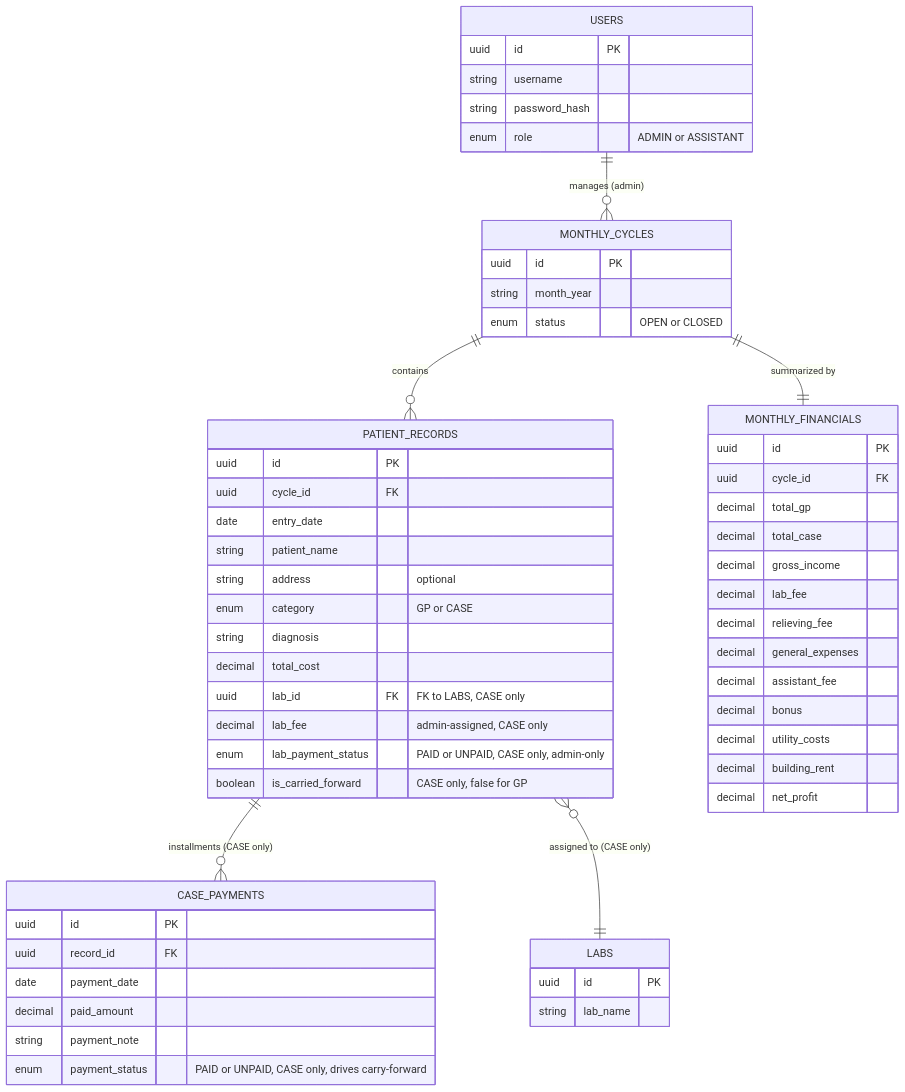
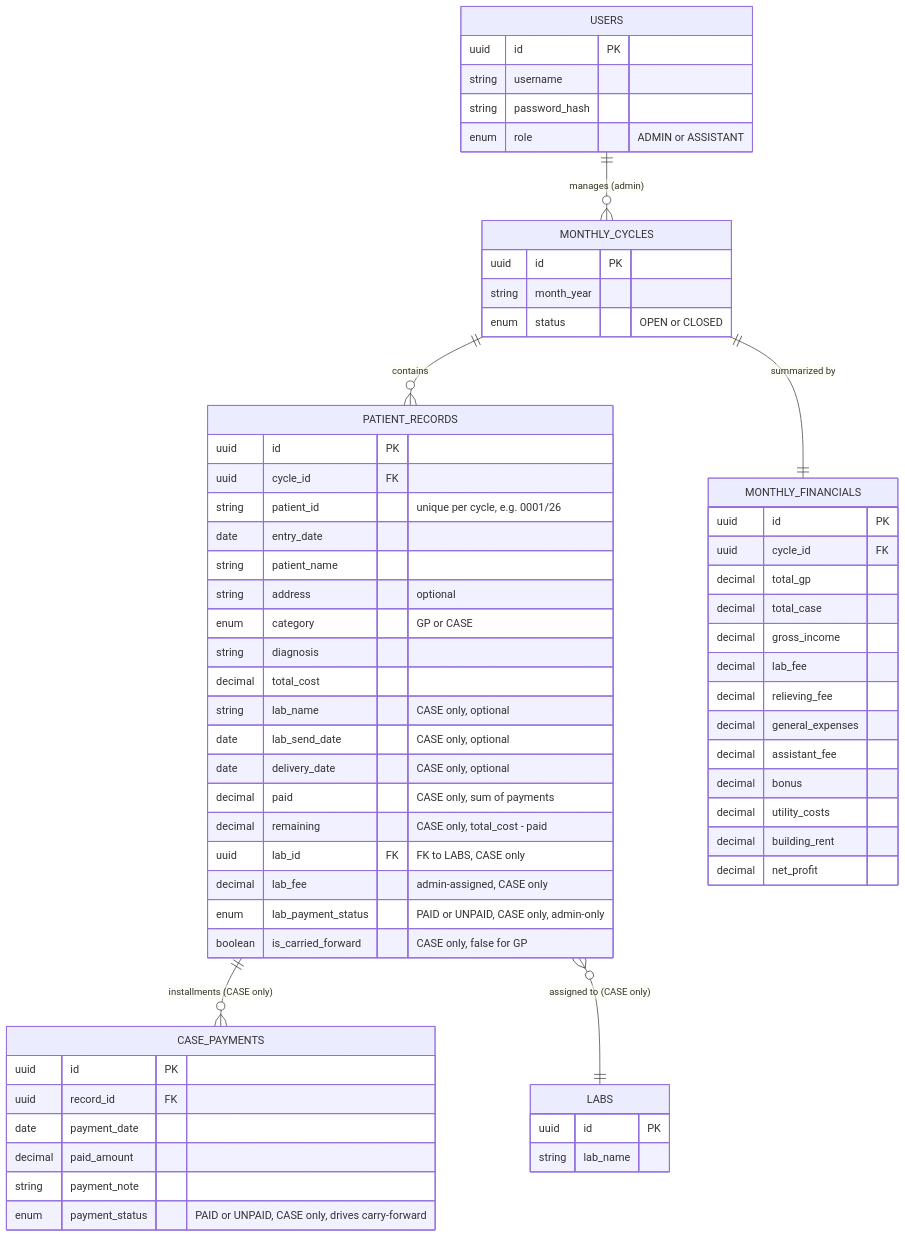
Before and after one commit to kaungmyatshwe1397/df-dashboard: the diagram in df-dashboard/docs/dc-fms-erd.mmd, drawn with Mermaid. The commit also changed 12 other files, not shown here.

First line of the commit message:
feat(records): add Patient ID, separate GP/Case forms, and lookup-based edit flow

```diff
--- a/df-dashboard/docs/dc-fms-erd.mmd
+++ b/df-dashboard/docs/dc-fms-erd.mmd
@@ -1,71 +1,77 @@
 erDiagram
     USERS ||--o{ MONTHLY_CYCLES : "manages (admin)"
     MONTHLY_CYCLES ||--o{ PATIENT_RECORDS : "contains"
     PATIENT_RECORDS ||--o{ CASE_PAYMENTS : "installments (CASE only)"
     PATIENT_RECORDS }o--|| LABS : "assigned to (CASE only)"
     MONTHLY_CYCLES ||--|| MONTHLY_FINANCIALS : "summarized by"
 
     USERS {
         uuid id PK
         string username
         string password_hash
         enum role "ADMIN or ASSISTANT"
     }
 
     MONTHLY_CYCLES {
         uuid id PK
         string month_year
         enum status "OPEN or CLOSED"
     }
 
     LABS {
         uuid id PK
         string lab_name
     }
 
     PATIENT_RECORDS {
         uuid id PK
         uuid cycle_id FK
+        string patient_id "unique per cycle, e.g. 0001/26"
         date entry_date
         string patient_name
         string address "optional"
         enum category "GP or CASE"
         string diagnosis
         decimal total_cost
+        string lab_name "CASE only, optional"
+        date lab_send_date "CASE only, optional"
+        date delivery_date "CASE only, optional"
+        decimal paid "CASE only, sum of payments"
+        decimal remaining "CASE only, total_cost - paid"
         uuid lab_id FK "FK to LABS, CASE only"
         decimal lab_fee "admin-assigned, CASE only"
         enum lab_payment_status "PAID or UNPAID, CASE only, admin-only"
         boolean is_carried_forward "CASE only, false for GP"
     }
 
     CASE_PAYMENTS {
         uuid id PK
         uuid record_id FK
         date payment_date
         decimal paid_amount
         string payment_note
         enum payment_status "PAID or UNPAID, CASE only, drives carry-forward"
     }
 
     MONTHLY_FINANCIALS {
         uuid id PK
         uuid cycle_id FK
         decimal total_gp
         decimal total_case
         decimal gross_income
         decimal lab_fee
         decimal relieving_fee
         decimal general_expenses
         decimal assistant_fee
         decimal bonus
         decimal utility_costs
         decimal building_rent
         decimal net_profit
     }
 
     %% UI Display Note:
     %% Record table is split into two tabbed views:
     %%   Tab 1: GP Records (entry_date, patient_name, diagnosis, total_cost)
     %%   Tab 2: Case Records (entry_date, patient_name, diagnosis, total_cost, balance, status, carried-forward)
     %% GP has no installments, no balance, no status column.
     %% Case tracks installments via CASE_PAYMENTS, shows balance and status.
```
